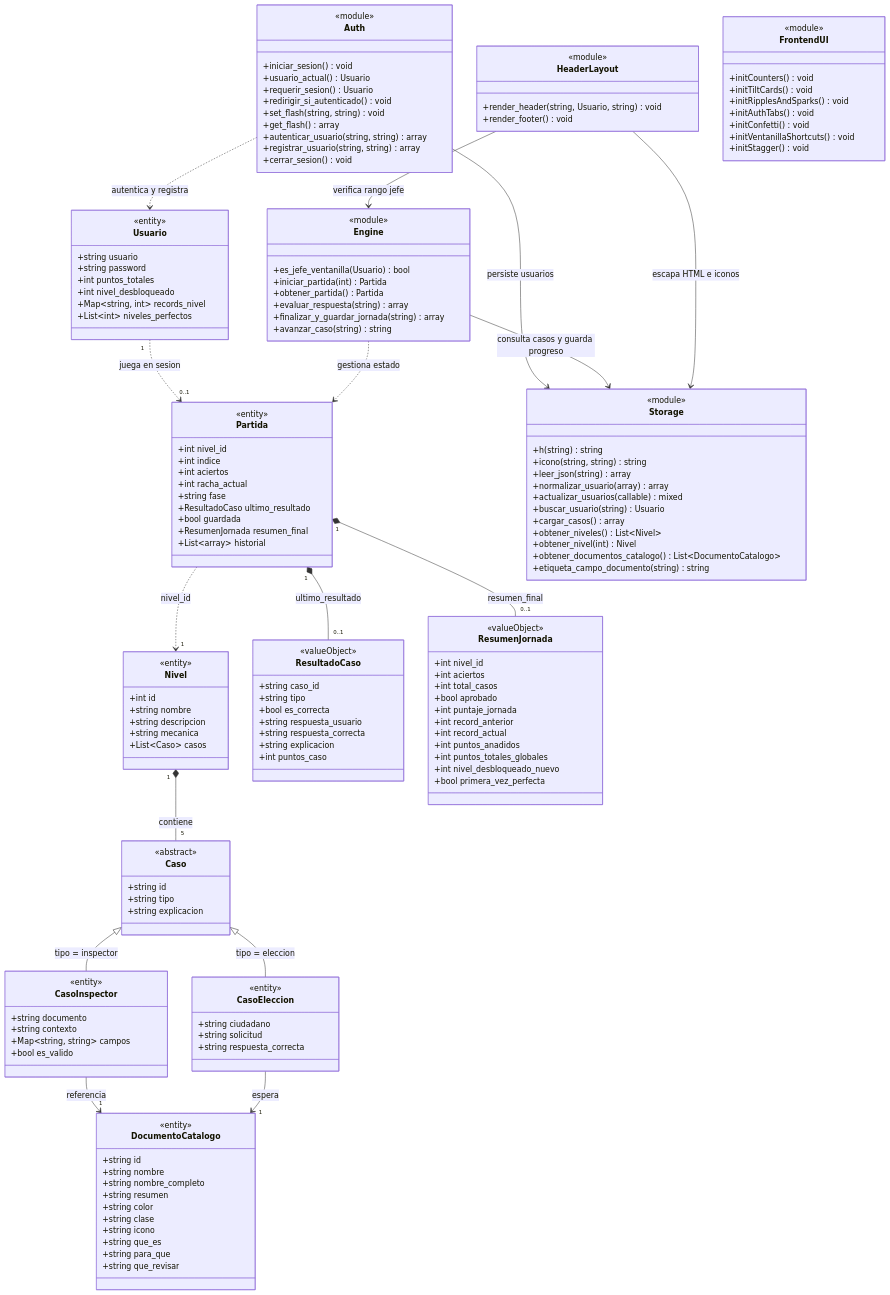
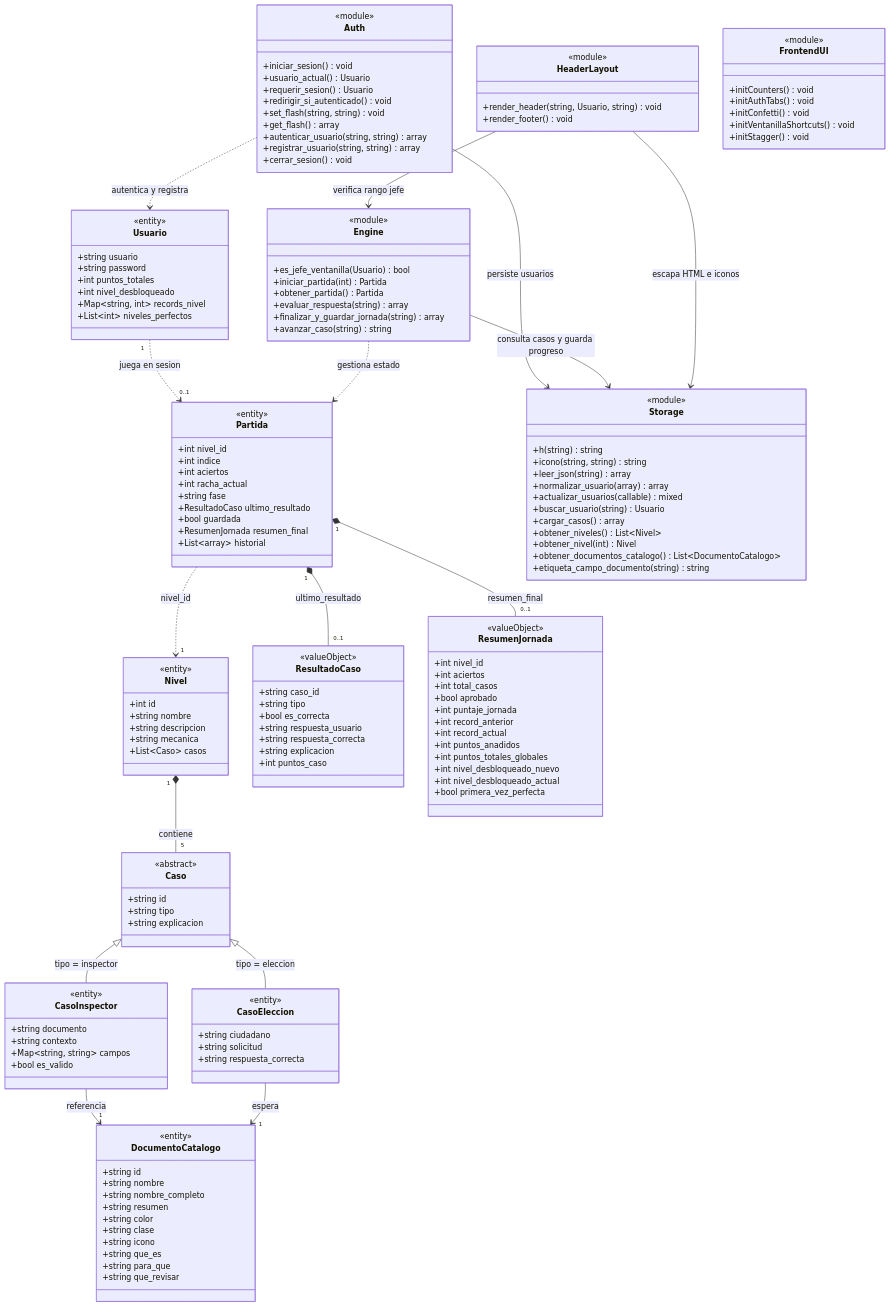
One commit to Josuesitoio/jueguito-pingo changed the second of 3 diagrams in README.md. Above: the diagram before and after it, drawn with Mermaid. The commit also changed other lines of this file and 9 other files, not shown here.

```diff
--- a/README.md
+++ b/README.md
@@ -201,6 +201,7 @@
         +int puntos_anadidos
         +int puntos_totales_globales
         +int nivel_desbloqueado_nuevo
+        +int nivel_desbloqueado_actual
         +bool primera_vez_perfecta
     }
 
@@ -251,8 +252,6 @@
     class FrontendUI {
         <<module>>
         +initCounters() void
-        +initTiltCards() void
-        +initRipplesAndSparks() void
         +initAuthTabs() void
         +initConfetti() void
         +initVentanillaShortcuts() void
```
